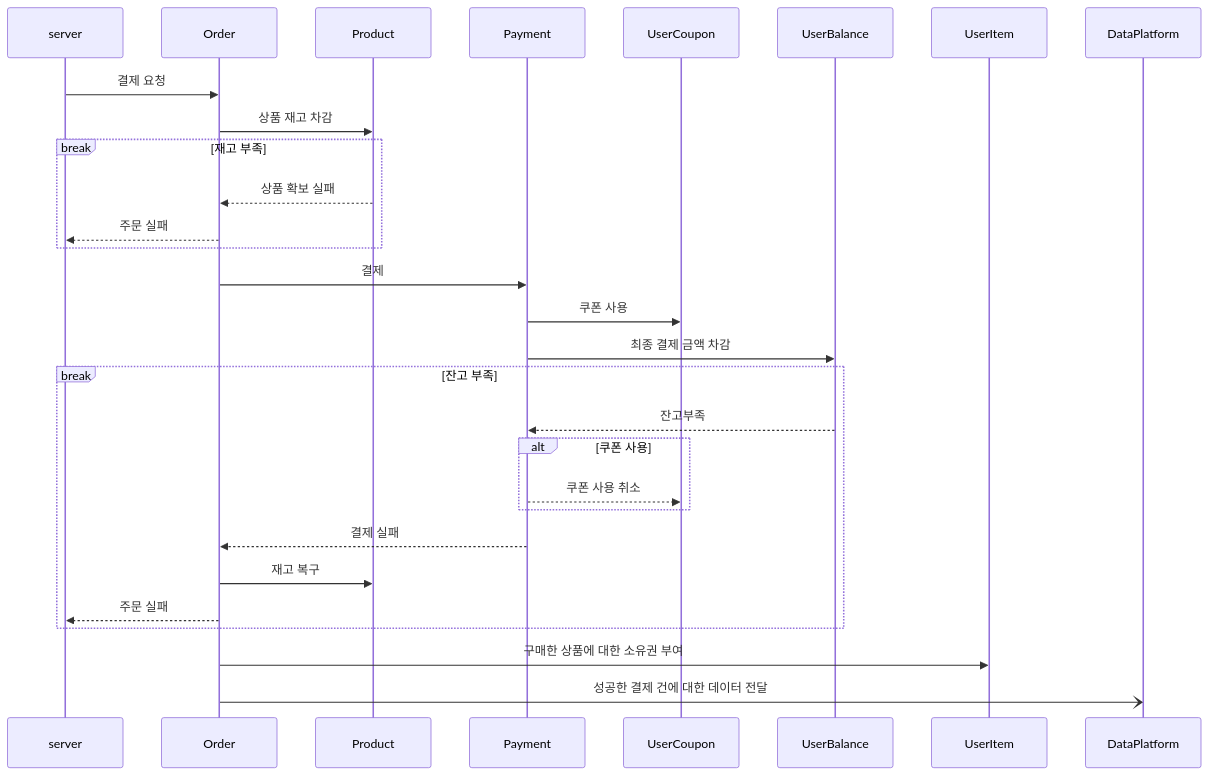
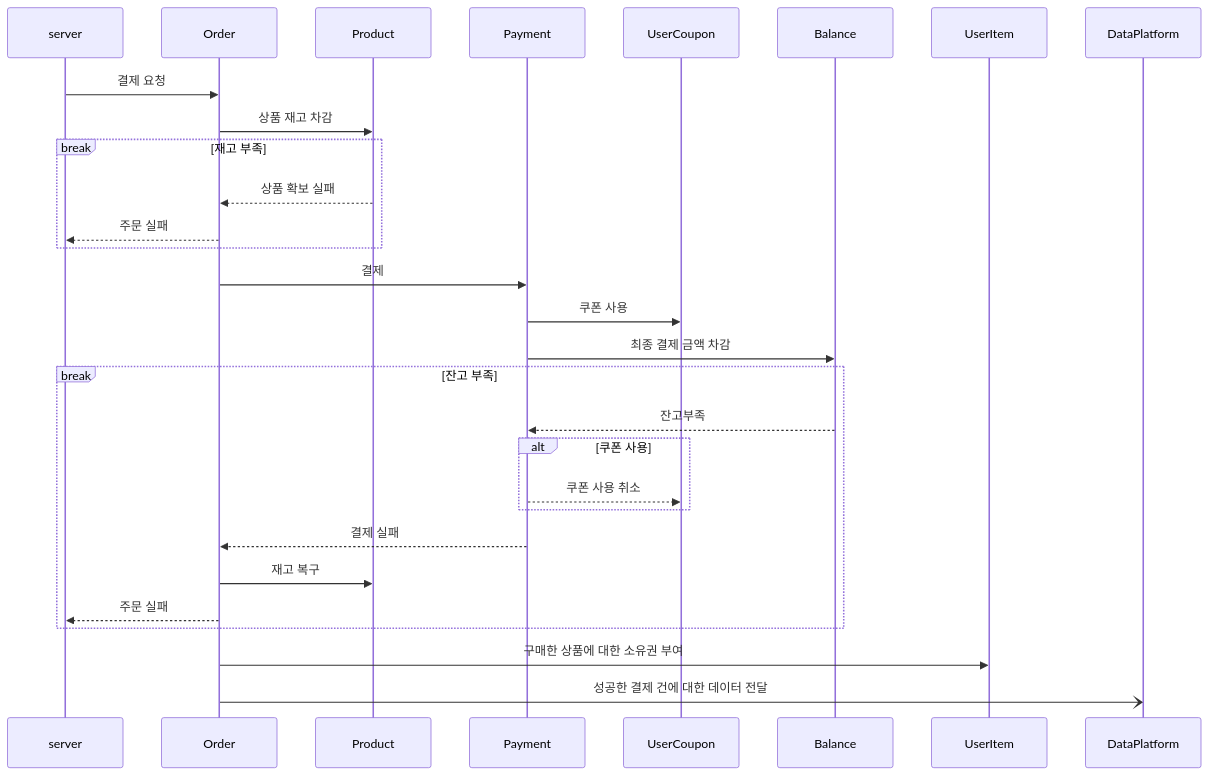
The first of 2 diagrams in docs/specs/payment.md (alert-kim/e-commerce), drawn with Mermaid before and after one commit. The commit also changed 25 other files, not shown here.

````diff
--- a/docs/specs/payment.md
+++ b/docs/specs/payment.md
@@ -7,32 +7,32 @@
 ```mermaid
 sequenceDiagram
     participant server
     participant Order
     participant Product
     participant Payment
     participant UserCoupon
-    participant UserBalance
+    participant Balance
     participant UserItem
     participant DataPlatform
     server ->> Order: 결제 요청
     Order ->> Product: 상품 재고 차감
     break 재고 부족
         Product -->> Order: 상품 확보 실패
         Order -->> server: 주문 실패
     end
 
     Order ->> Payment: 결제
     Payment ->> UserCoupon: 쿠폰 사용
-    Payment ->> UserBalance: 최종 결제 금액 차감
+    Payment ->> Balance: 최종 결제 금액 차감
     break 잔고 부족
-        UserBalance -->> Payment: 잔고부족
+        Balance -->> Payment: 잔고부족
         alt 쿠폰 사용
             Payment -->> UserCoupon: 쿠폰 사용 취소
         end
         Payment -->> Order: 결제 실패
         Order ->> Product: 재고 복구
         Order -->> server: 주문 실패
     end
     Order ->> UserItem: 구매한 상품에 대한 소유권 부여
     Order -) DataPlatform: 성공한 결제 건에 대한 데이터 전달
 ```
````
